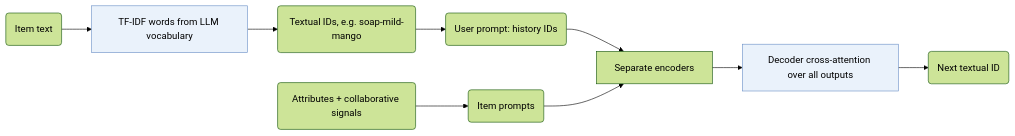
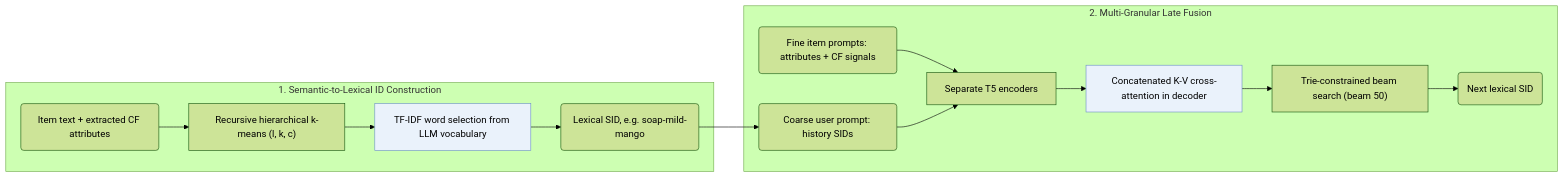
The diagram in notes/gram.md (Galaxy-ghost/Awesome-SID-Generative-Rec), drawn with Mermaid (forest theme) before and after one commit. The commit also changed other lines of this file and 649 other files, not shown here.

Commit message:
writer-05: also tags and modality index (schema, check, build, visuals); summary field removed; calibration data for 12 papers

````diff
--- a/notes/gram.md
+++ b/notes/gram.md
@@ -14,12 +14,17 @@
 ```mermaid
 flowchart LR
-    A("Item text") --> B["TF-IDF words from LLM vocabulary"]:::key
-    B --> C("Textual IDs, e.g. soap-mild-mango")
-    C --> D("User prompt: history IDs")
-    E("Attributes + collaborative signals") --> F("Item prompts")
-    D --> G["Separate encoders"]
-    F --> G
-    G --> I["Decoder cross-attention over all outputs"]:::key
-    I --> J("Next textual ID")
+    subgraph Tok["1. Semantic-to-Lexical ID Construction"]
+        A("Item text + extracted CF attributes") --> B["Recursive hierarchical k-means (l, k, c)"]
+        B --> C["TF-IDF word selection from LLM vocabulary"]:::key
+        C --> D("Lexical SID, e.g. soap-mild-mango")
+    end
+    subgraph Gen["2. Multi-Granular Late Fusion"]
+        D --> E("Coarse user prompt: history SIDs")
+        F("Fine item prompts: attributes + CF signals") --> H["Separate T5 encoders"]
+        E --> H
+        H --> I["Concatenated K-V cross-attention in decoder"]:::key
+        I --> J["Trie-constrained beam search (beam 50)"]
+        J --> K("Next lexical SID")
+    end
     classDef key fill:#eaf2fb,stroke:#6b8fc7
 ```
````
